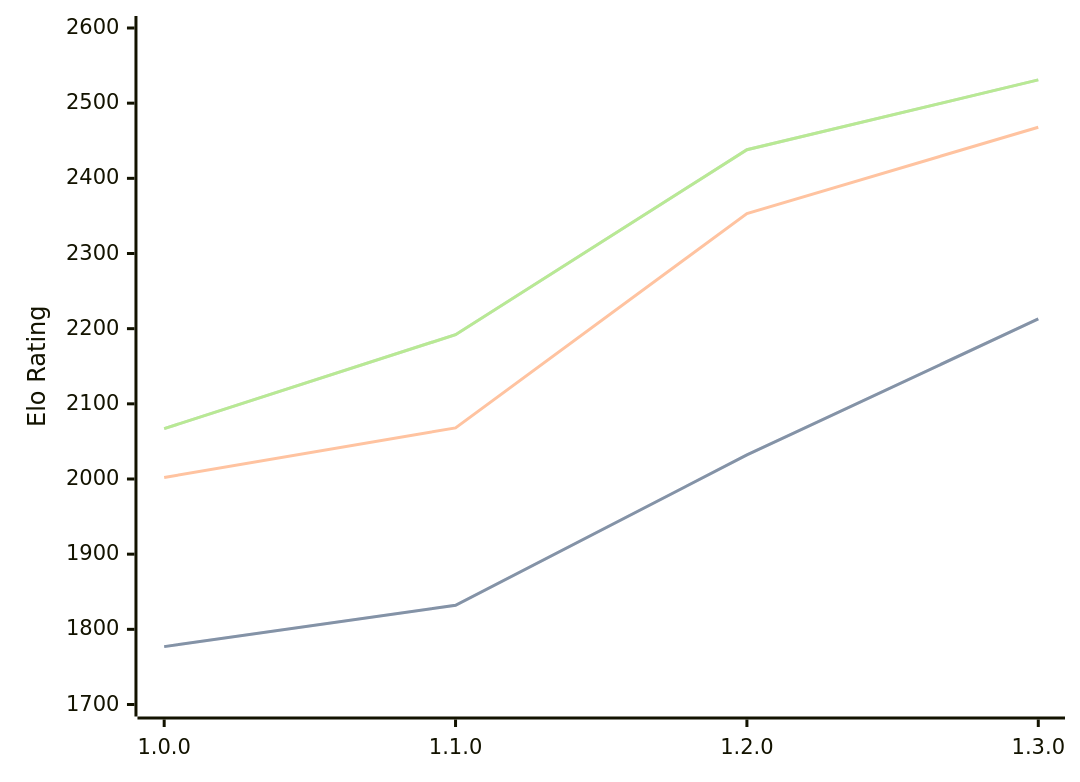
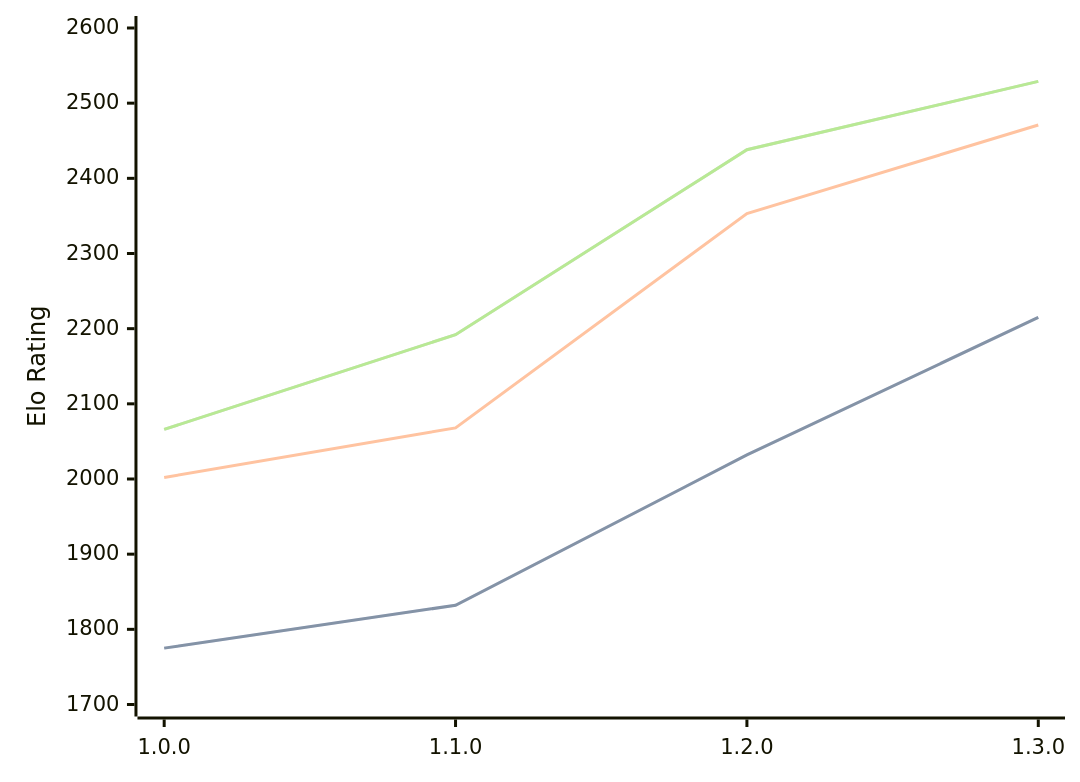
The diagram in engines/Anodos.md (computer-chess-index/cci), drawn with Mermaid before and after one commit. The commit also changed other lines of this file, not shown here.

Commit message:
Update CCI Ratings (ELO VLTC) - 2026-03-15

````diff
--- a/engines/Anodos.md
+++ b/engines/Anodos.md
@@ -43,11 +43,11 @@
 ```mermaid
 %%{init: {"theme":"base","themeVariables":{"seriesColors:['#a3a3a3','#222221','#faa371']}}}%%
 xychart-beta
   x-axis ["1.0.0", "1.1.0", "1.2.0", "1.3.0"]
   y-axis "Elo Rating" 1700 --> 2600
-  line "STC (8.0+0.08s)" [1777, 1832, 2032, 2213]
-  line "STC (8.0+0.08s)" [1777, 1832, 2032, 2213]
-  line "LTC (60.0+0.60s)" [2002, 2068, 2353, 2468]
-  line "VLTC (2m24s+1.12s)" [2067, 2192, 2438, 2531]
-  line "VLTC (2m24s+1.12s)" [2067, 2192, 2438, 2531]
+  line "STC (8.0+0.08s)" [1775, 1832, 2032, 2215]
+  line "STC (8.0+0.08s)" [1775, 1832, 2032, 2215]
+  line "LTC (60.0+0.60s)" [2002, 2068, 2353, 2471]
+  line "VLTC (2m24s+1.12s)" [2066, 2192, 2438, 2529]
+  line "VLTC (2m24s+1.12s)" [2066, 2192, 2438, 2529]
 ```
````
